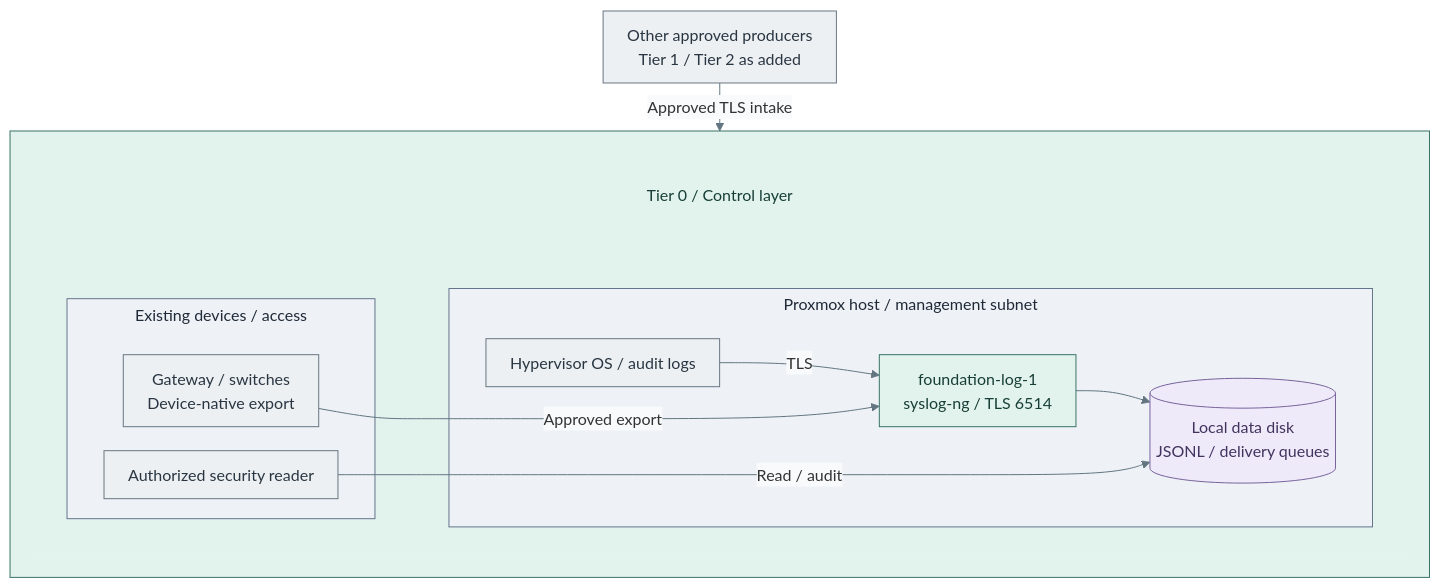
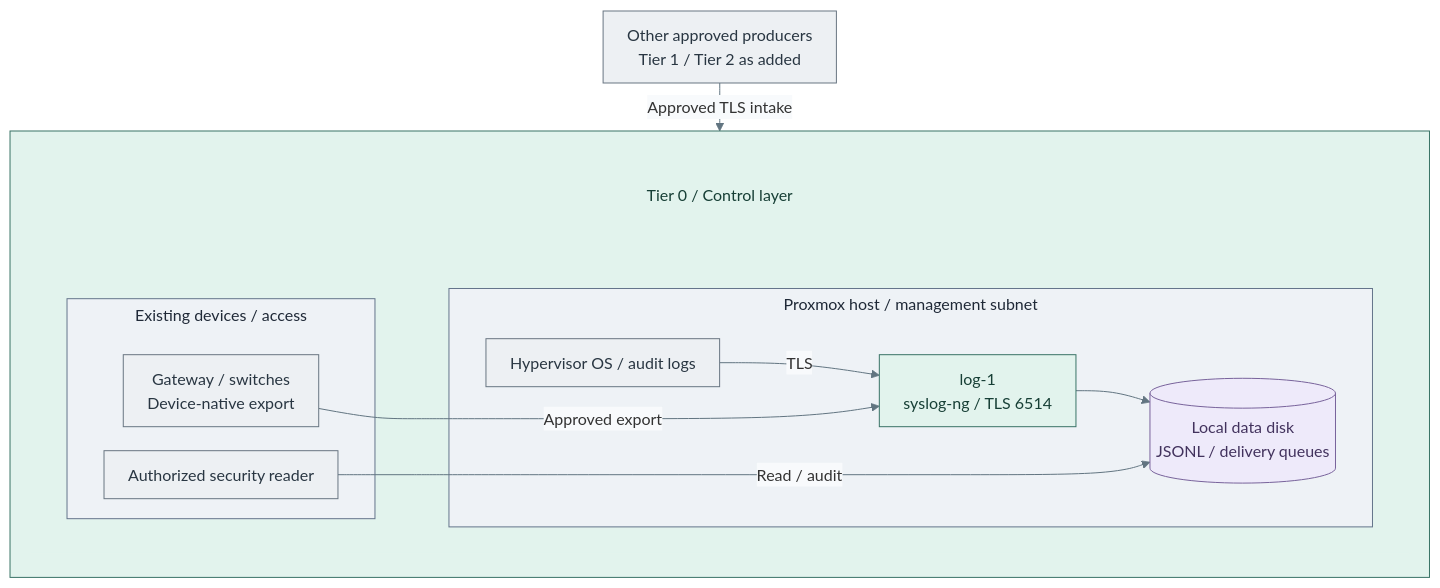
Before and after one commit to Rexus/homelab: the second of 3 diagrams in docs/deployment/stage-1-logging/README.md, drawn with Mermaid. The commit also changed other lines of this file and 60 other files, not shown here.

Commit message:
docs(diagrams): align architecture and deployment views with IaC

````diff
--- a/docs/deployment/stage-1-logging/README.md
+++ b/docs/deployment/stage-1-logging/README.md
@@ -111,40 +118,40 @@
 ```mermaid
 %%{init: {"theme":"base","flowchart":{"nodeSpacing":20,"rankSpacing":24,"padding":12,"subGraphTitleMargin":{"top":4,"bottom":12}},"themeVariables":{"lineColor":"#627581","edgeLabelBackground":"#f8fafc"}}}%%
 flowchart TB
   Sources["Other approved producers<br/>Tier 1 / Tier 2 as added"]
   subgraph T0[" "]
     direction TB
     T0Title["Tier 0 / Control layer"]
     %% Keep the heading above a content-sized placement group, independent of external links.
     subgraph Placement[" "]
       direction LR
       subgraph Infrastructure["Existing devices / access"]
         Devices["Gateway / switches<br/>Device-native export"]
         Admin["Authorized security reader"]
       end
       subgraph PVE["Proxmox host / management subnet"]
         Host["Hypervisor OS / audit logs"]
-        VM["foundation-log-1<br/>syslog-ng / TLS 6514"]
+        VM["log-1<br/>syslog-ng / TLS 6514"]
         Records[("Local data disk<br/>JSONL / delivery queues")]
         Host -->|TLS| VM
         VM --> Records
       end
       Devices -->|Approved export| VM
       Admin -->|Read / audit| Records
       Infrastructure ~~~ PVE
     end
     T0Title ~~~ Placement
   end
   Sources -->|Approved TLS intake| T0
   classDef default fill:#f8fafc,stroke:#64748b,color:#1f2937
   classDef boundary fill:#eef2f6,stroke:#64748b,color:#1f2937
   classDef actor fill:#edf0f3,stroke:#697682,color:#293642
   classDef control fill:#e2f3ed,stroke:#397366,color:#173f36
   classDef controlHeading fill:#e2f3ed,stroke:#e2f3ed,color:#173f36
   classDef data fill:#eeeafa,stroke:#78639b,color:#42325d
   class Infrastructure,PVE boundary
   class Sources,Devices,Host,Admin actor
   class T0,VM control
   class T0Title,Placement controlHeading
   class Records data
 ```
````
